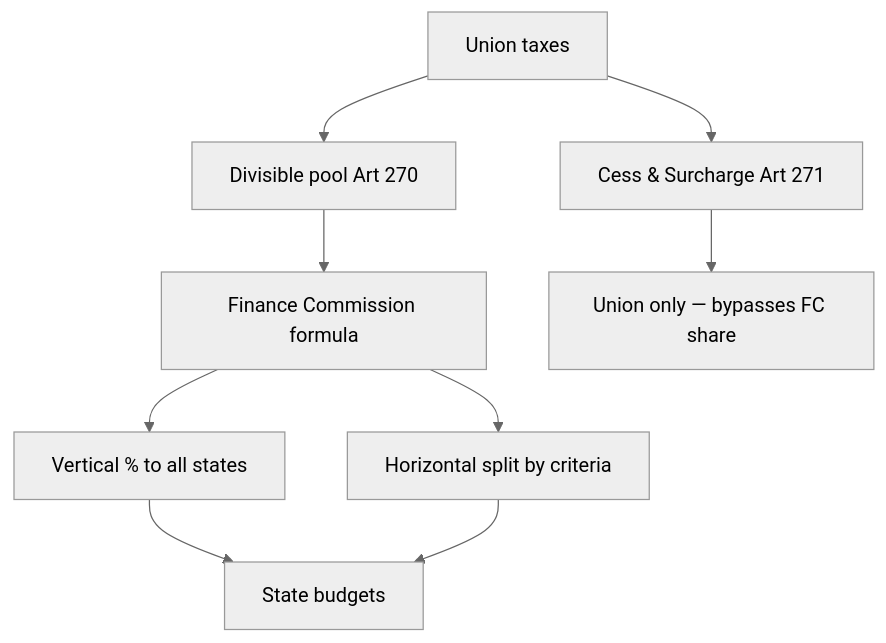
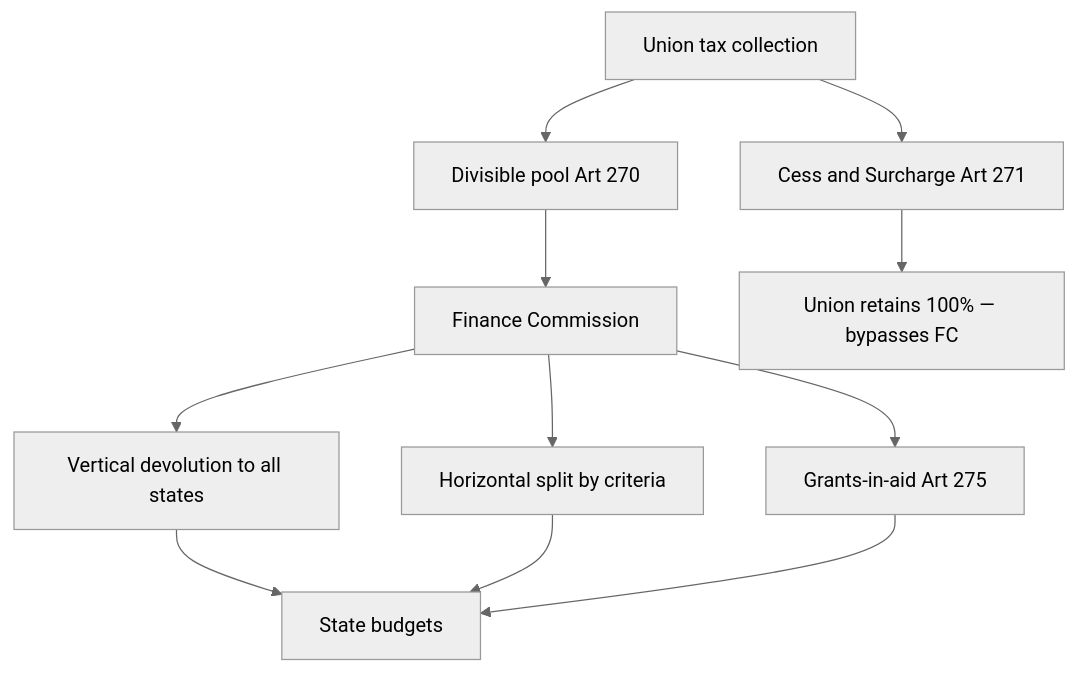
One commit to nitishpratap/UP-PCS changed the diagram in mains-pyqs/GS-2/Polity_Constitution/03_Finance_Commission_Centre_State_Relations.md. Above: the diagram before and after it, drawn with Mermaid (neutral theme). The commit also changed other lines of this file and 97 other files, not shown here.

````diff
--- a/mains-pyqs/GS-2/Polity_Constitution/03_Finance_Commission_Centre_State_Relations.md
+++ b/mains-pyqs/GS-2/Polity_Constitution/03_Finance_Commission_Centre_State_Relations.md
@@ -115,11 +106,13 @@
 ```mermaid
 flowchart TD
-  T[Union taxes] --> D[Divisible pool Art 270]
-  T --> C[Cess & Surcharge Art 271]
-  D --> FC[Finance Commission formula]
-  FC --> V[Vertical % to all states]
+  T[Union tax collection] --> D[Divisible pool Art 270]
+  T --> C[Cess and Surcharge Art 271]
+  D --> FC[Finance Commission]
+  FC --> V[Vertical devolution to all states]
   FC --> H[Horizontal split by criteria]
-  V --> S[State budgets]
-  H --> S
-  C --> U[Union only — bypasses FC share]
+  FC --> G[Grants-in-aid Art 275]
+  V --> SB[State budgets]
+  H --> SB
+  G --> SB
+  C --> U[Union retains 100% — bypasses FC]
 ```
````
